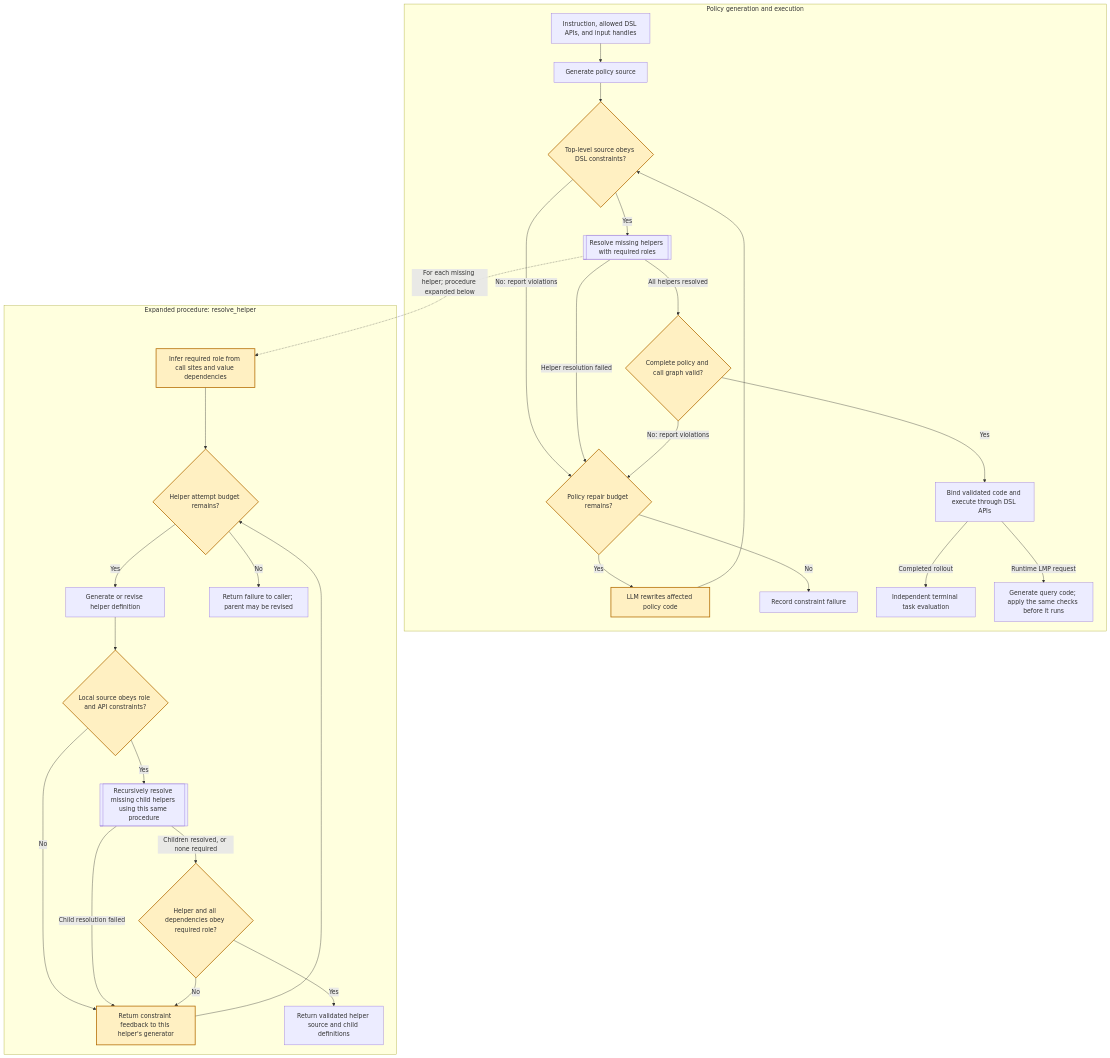
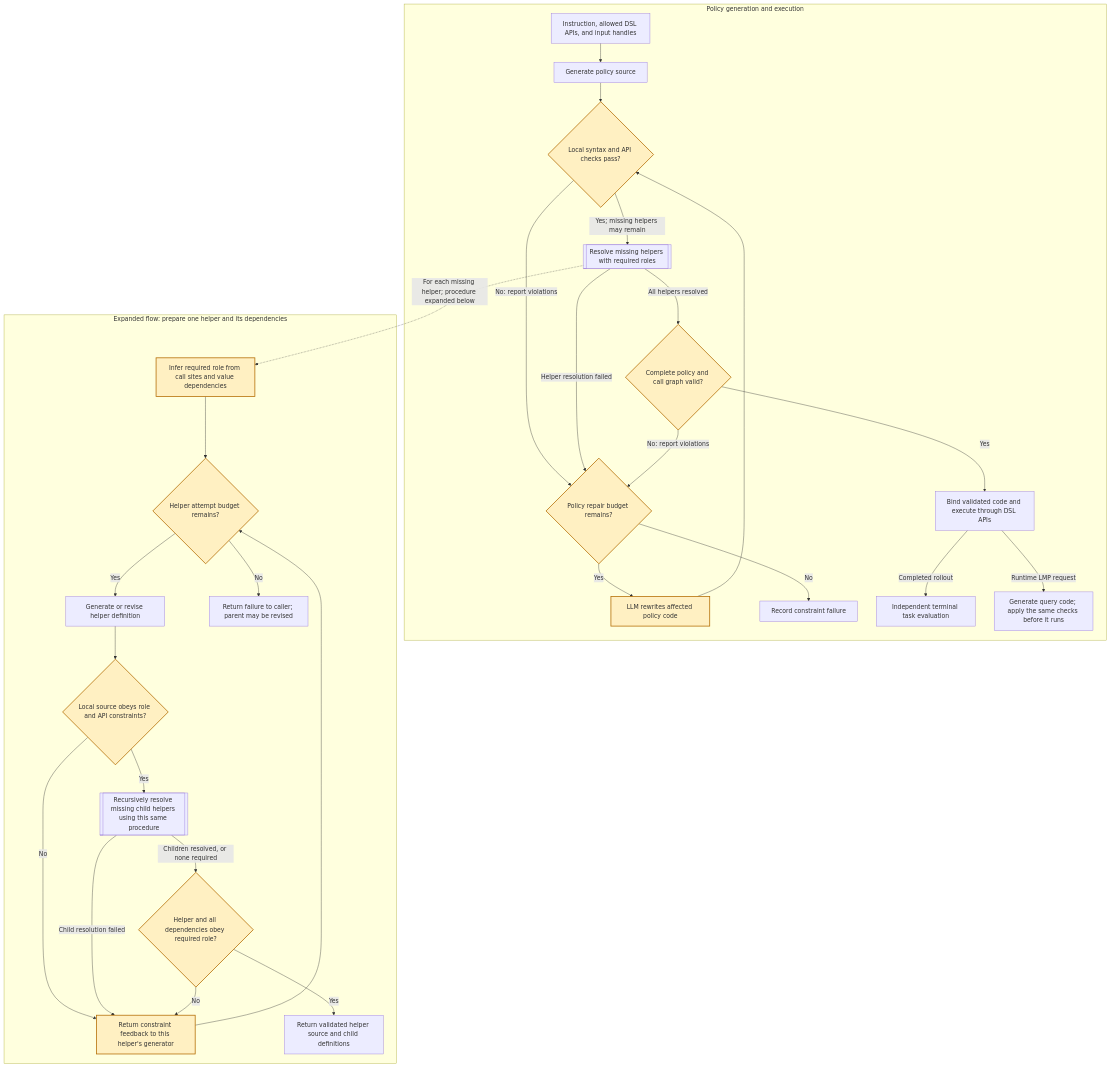
The third of 3 diagrams in roboverify/synthesis/cap/CAP-INTEGRATION.md (RU-Automated-Reasoning-Group/RoboVerify), drawn with Mermaid before and after one commit. The commit also changed other lines of this file, not shown here.

````diff
--- a/roboverify/synthesis/cap/CAP-INTEGRATION.md
+++ b/roboverify/synthesis/cap/CAP-INTEGRATION.md
@@ -284,36 +284,36 @@
 ```mermaid
 flowchart TD
     subgraph Policy["Policy generation and execution"]
         I["Instruction, allowed DSL APIs, and input handles"] --> G["Generate policy source"]
-        G --> T{"Top-level source obeys DSL constraints?"}
-        T -->|"Yes"| R[["Resolve missing helpers with required roles"]]
+        G --> T{"Local syntax and API checks pass?"}
+        T -->|"Yes; missing helpers may remain"| R[["Resolve missing helpers with required roles"]]
         T -->|"No: report violations"| P{"Policy repair budget remains?"}
         P -->|"Yes"| W["LLM rewrites affected policy code"]
         W --> T
         P -->|"No"| F["Record constraint failure"]
         R -->|"All helpers resolved"| V{"Complete policy and call graph valid?"}
         R -->|"Helper resolution failed"| P
         V -->|"No: report violations"| P
         V -->|"Yes"| E["Bind validated code and execute through DSL APIs"]
         E -->|"Completed rollout"| O["Independent terminal task evaluation"]
         E -->|"Runtime LMP request"| N["Generate query code; apply the same checks before it runs"]
     end
 
-    subgraph Helper["Expanded procedure: resolve_helper"]
+    subgraph Helper["Expanded flow: prepare one helper and its dependencies"]
         H["Infer required role from call sites and value dependencies"] --> B{"Helper attempt budget remains?"}
         B -->|"Yes"| D["Generate or revise helper definition"]
         B -->|"No"| U["Return failure to caller; parent may be revised"]
         D --> L{"Local source obeys role and API constraints?"}
         L -->|"No"| Q["Return constraint feedback to this helper's generator"]
         Q --> B
         L -->|"Yes"| C[["Recursively resolve missing child helpers using this same procedure"]]
         C -->|"Child resolution failed"| Q
         C -->|"Children resolved, or none required"| A{"Helper and all dependencies obey required role?"}
         A -->|"No"| Q
         A -->|"Yes"| S["Return validated helper source and child definitions"]
     end
 
     R -.->|"For each missing helper; procedure expanded below"| H
     classDef changed fill:#fff0c2,stroke:#b36b00,stroke-width:2px;
     class T,P,W,V,H,B,L,Q,A changed;
 ```
````
